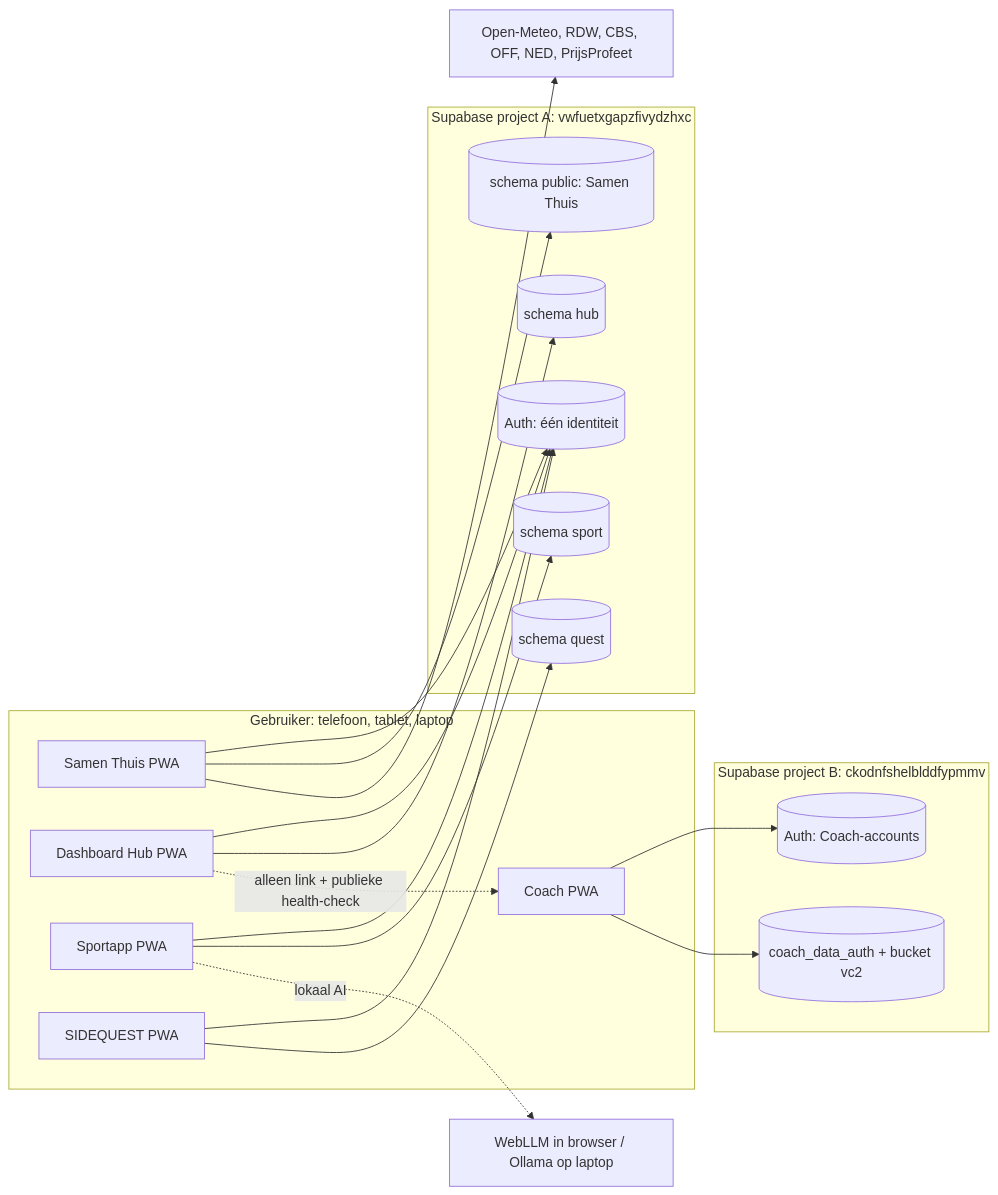
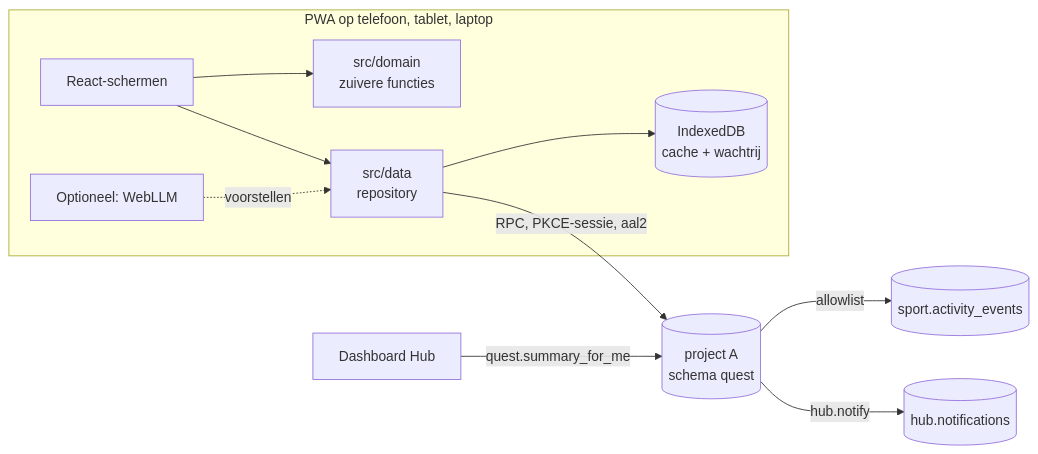
One commit to kesga44-jpg/Personal-ecosystem changed the diagram in ARCHITECTURE.md. Above: the diagram before and after it, drawn with Mermaid. The commit also changed other lines of this file and 20 other files, not shown here.

````diff
--- a/ARCHITECTURE.md
+++ b/ARCHITECTURE.md
@@ -17,33 +7,13 @@
 ```mermaid
 flowchart LR
-  subgraph Gebruiker[Gebruiker: telefoon, tablet, laptop]
-    ST[Samen Thuis PWA]
-    CO[Coach PWA]
-    HUB[Dashboard Hub PWA]
-    SP[Sportapp PWA]
-    SQ[SIDEQUEST PWA]
+  subgraph Browser[PWA op telefoon, tablet, laptop]
+    UI[React-schermen] --> DOM[src/domain\nzuivere functies]
+    UI --> DATA[src/data\nrepository]
+    DATA --> IDB[(IndexedDB\ncache + wachtrij)]
+    AI[Optioneel: WebLLM] -. voorstellen .-> DATA
   end
-
-  subgraph A[Supabase project A: vwfuetxgapzfivydzhxc]
-    AUTHA[(Auth: één identiteit)]
-    PUB[(schema public: Samen Thuis)]
-    HUBS[(schema hub)]
-    SPS[(schema sport)]
-    QS[(schema quest)]
-  end
-
-  subgraph B[Supabase project B: ckodnfshelblddfypmmv]
-    AUTHB[(Auth: Coach-accounts)]
-    COS[(coach_data_auth + bucket vc2)]
-  end
-
-  ST --> AUTHA & PUB
-  HUB --> AUTHA & HUBS
-  SP --> AUTHA & SPS
-  SQ --> AUTHA & QS
-  CO --> AUTHB & COS
-  HUB -. alleen link + publieke health-check .-> CO
-
-  SP -. lokaal AI .-> LLM[WebLLM in browser / Ollama op laptop]
-  ST --> EXT[Open-Meteo, RDW, CBS, OFF, NED, PrijsProfeet]
+  DATA -->|RPC, PKCE-sessie, aal2| Q[(project A\nschema quest)]
+  Q -->|allowlist| SPE[(sport.activity_events)]
+  Q -->|hub.notify| HUBN[(hub.notifications)]
+  HUB[Dashboard Hub] -->|quest.summary_for_me| Q
 ```
````
